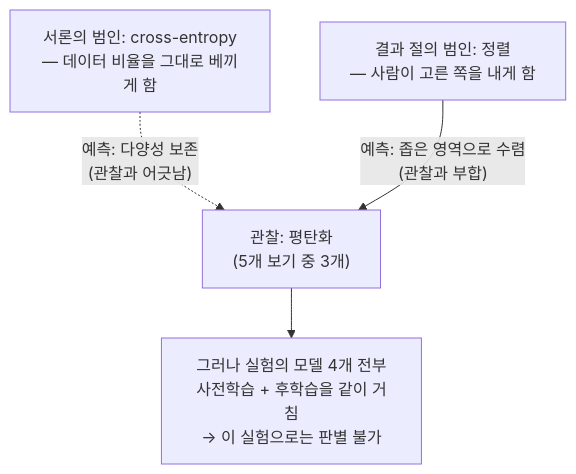
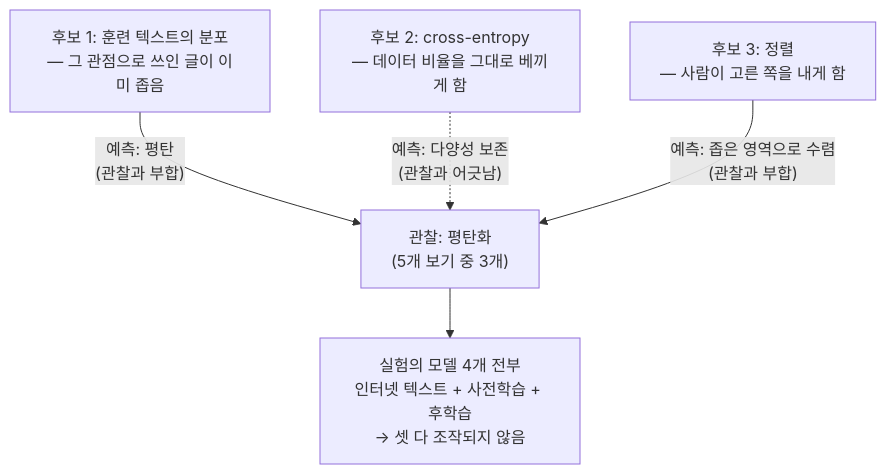
One commit to qoal1201/synthetic-society-research changed the diagram in paper-reviews/2402.01908-wang-identity-groups.qmd. Above: the diagram before and after it, drawn with Mermaid. The commit also changed other lines of this file, not shown here.

````diff
--- a/paper-reviews/2402.01908-wang-identity-groups.qmd
+++ b/paper-reviews/2402.01908-wang-identity-groups.qmd
@@ -211,6 +224,7 @@
 ```{mermaid}
 flowchart TD
-  CE["서론의 범인: cross-entropy<br/>— 데이터 비율을 그대로 베끼게 함"] -. "예측: 다양성 보존<br/>(관찰과 어긋남)" .-> OBS["관찰: 평탄화<br/>(5개 보기 중 3개)"]
-  AL["결과 절의 범인: 정렬<br/>— 사람이 고른 쪽을 내게 함"] -- "예측: 좁은 영역으로 수렴<br/>(관찰과 부합)" --> OBS
-  OBS --> V["그러나 실험의 모델 4개 전부<br/>사전학습 + 후학습을 같이 거침<br/>→ 이 실험으로는 판별 불가"]
+  T["후보 1: 훈련 텍스트의 분포<br/>— 그 관점으로 쓰인 글이 이미 좁음"] -- "예측: 평탄<br/>(관찰과 부합)" --> OBS["관찰: 평탄화<br/>(5개 보기 중 3개)"]
+  CE["후보 2: cross-entropy<br/>— 데이터 비율을 그대로 베끼게 함"] -. "예측: 다양성 보존<br/>(관찰과 어긋남)" .-> OBS
+  AL["후보 3: 정렬<br/>— 사람이 고른 쪽을 내게 함"] -- "예측: 좁은 영역으로 수렴<br/>(관찰과 부합)" --> OBS
+  OBS --> V["실험의 모델 4개 전부<br/>인터넷 텍스트 + 사전학습 + 후학습<br/>→ 셋 다 조작되지 않음"]
 ```
````
